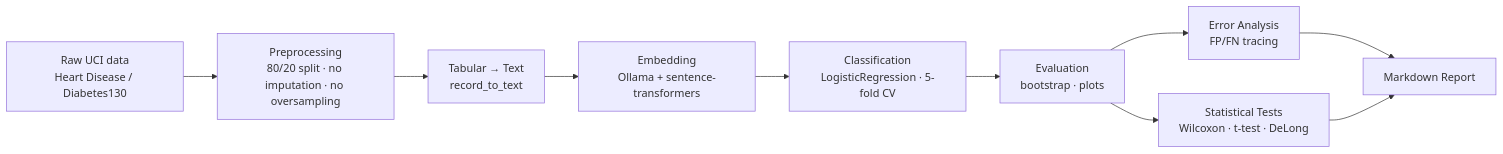
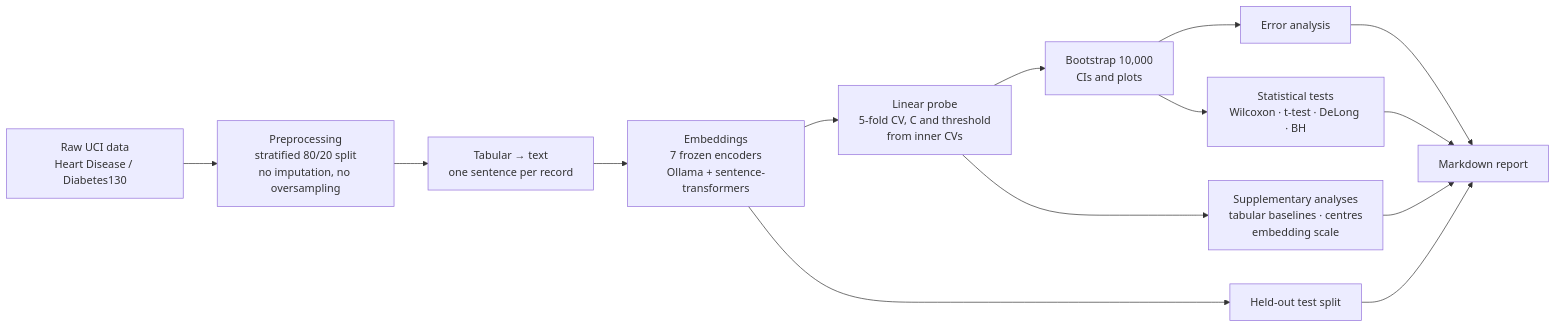
Before and after one commit to KevinPasquale88/Forecast: the diagram in README.md, drawn with Mermaid. The commit also changed other lines of this file and 247 other files, not shown here.

````diff
--- a/README.md
+++ b/README.md
@@ -5,12 +5,16 @@
 ```mermaid
 flowchart LR
-    A[Raw UCI data\nHeart Disease / Diabetes130] --> B[Preprocessing\n80/20 split · no imputation · no oversampling]
-    B --> C[Tabular → Text\nrecord_to_text]
-    C --> D[Embedding\nOllama + sentence-transformers]
-    D --> E[Classification\nLogisticRegression · 5-fold CV]
-    E --> F[Evaluation\nbootstrap · plots]
-    F --> G[Error Analysis\nFP/FN tracing]
-    F --> H[Statistical Tests\nWilcoxon · t-test · DeLong]
-    G --> I[Markdown Report]
-    H --> I
+    A[Raw UCI data<br/>Heart Disease / Diabetes130] --> B[Preprocessing<br/>stratified 80/20 split<br/>no imputation, no oversampling]
+    B --> C[Tabular → text<br/>one sentence per record]
+    C --> D[Embeddings<br/>7 frozen encoders<br/>Ollama + sentence-transformers]
+    D --> E[Linear probe<br/>5-fold CV, C and threshold<br/>from inner CVs]
+    E --> F[Bootstrap 10,000<br/>CIs and plots]
+    F --> G[Error analysis]
+    F --> H[Statistical tests<br/>Wilcoxon · t-test · DeLong · BH]
+    D --> I[Held-out test split]
+    G --> J[Markdown report]
+    H --> J
+    I --> J
+    E --> K[Supplementary analyses<br/>tabular baselines · centres<br/>embedding scale]
+    K --> J
 ```
````
